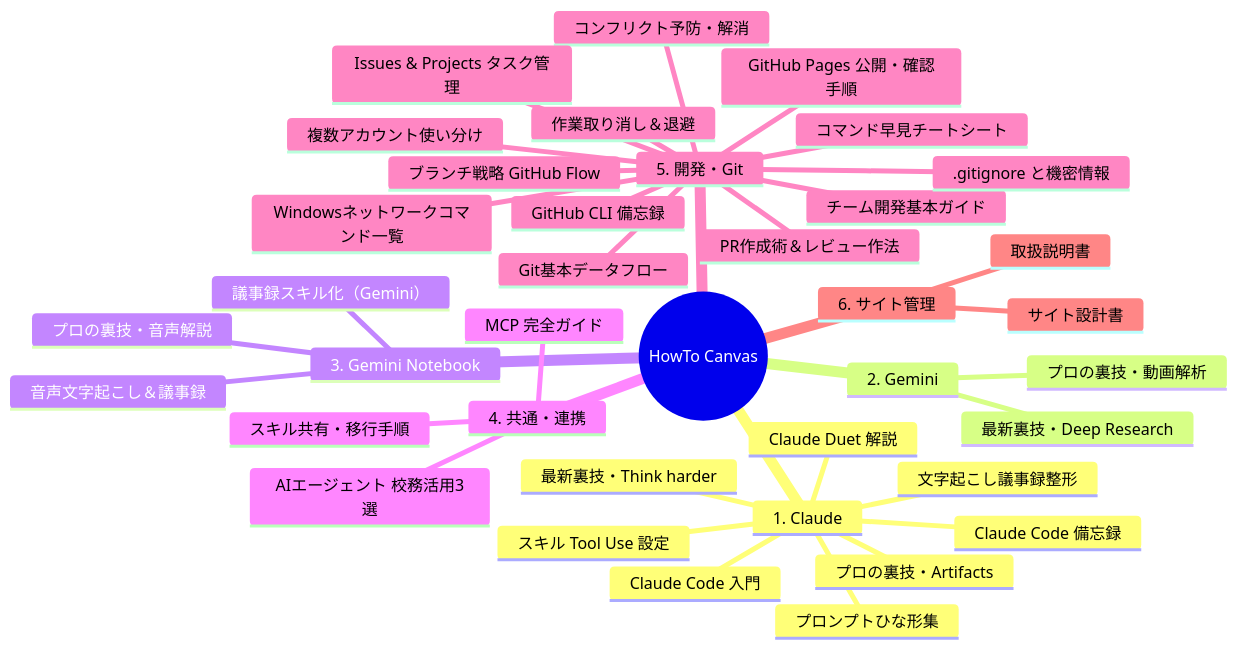
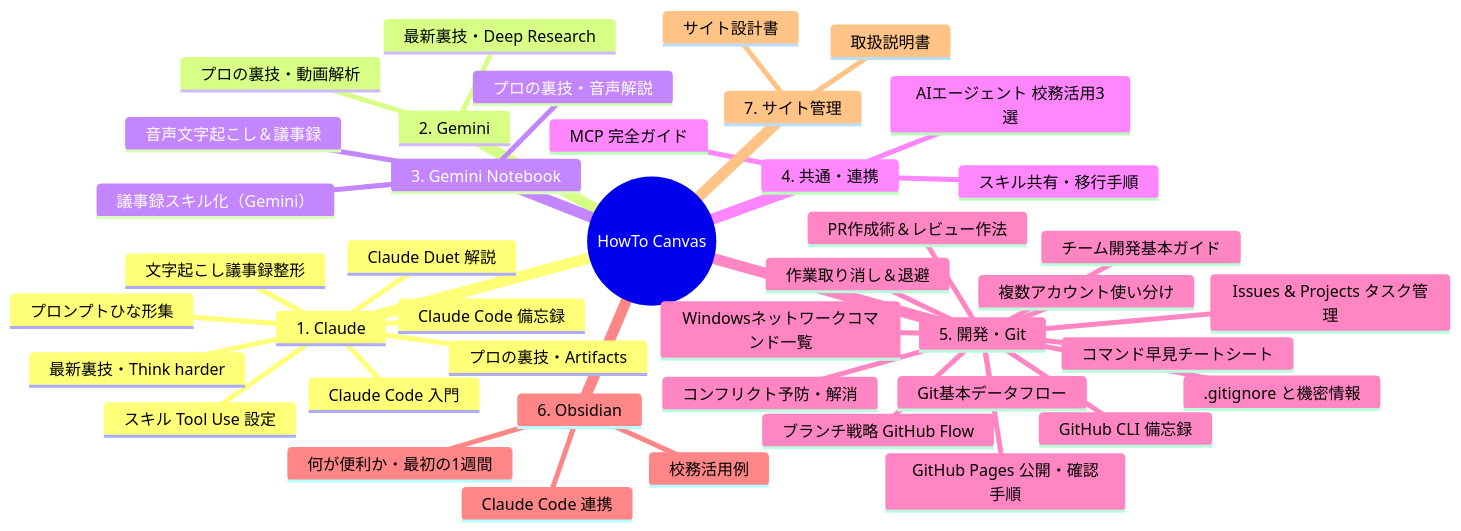
The second of 2 diagrams in src/content/docs/meta/design-spec.md (nakamotohiroshi-biz-team/howto-canvas), drawn with Mermaid before and after one commit. The commit also changed other lines of this file and 10 other files, not shown here.

First line of the commit message:
docs: Obsidianの新カテゴリを追加（入門・1週間の使い方・校務活用・Claude Code連携の記事4本と図解）

````diff
--- a/src/content/docs/meta/design-spec.md
+++ b/src/content/docs/meta/design-spec.md
@@ -117,41 +119,45 @@
 ```mermaid
 mindmap
   root((HowTo Canvas))
     1. Claude
       最新裏技・Think harder
       Claude Code 入門
       スキル Tool Use 設定
       文字起こし議事録整形
       プロの裏技・Artifacts
       Claude Code 備忘録
       プロンプトひな形集
       Claude Duet 解説
     2. Gemini
       最新裏技・Deep Research
       プロの裏技・動画解析
     3. Gemini Notebook
       音声文字起こし＆議事録
       プロの裏技・音声解説
       議事録スキル化（Gemini）
     4. 共通・連携
       スキル共有・移行手順
       MCP 完全ガイド
       AIエージェント 校務活用3選
     5. 開発・Git
       Git基本データフロー
       チーム開発基本ガイド
       コマンド早見チートシート
       コンフリクト予防・解消
       作業取り消し＆退避
       ブランチ戦略 GitHub Flow
       Issues & Projects タスク管理
       PR作成術＆レビュー作法
       Windowsネットワークコマンド一覧
       GitHub CLI 備忘録
       GitHub Pages 公開・確認手順
       .gitignore と機密情報
       複数アカウント使い分け
-    6. サイト管理
+    6. Obsidian
+      何が便利か・最初の1週間
+      校務活用例
+      Claude Code 連携
+    7. サイト管理
       取扱説明書
       サイト設計書
 ```
````
